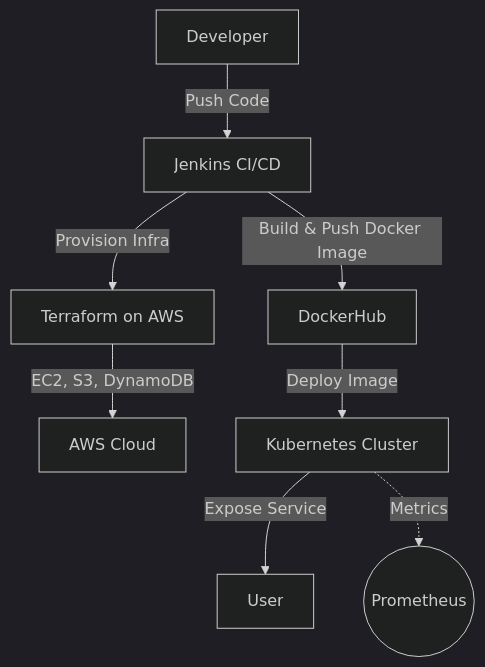
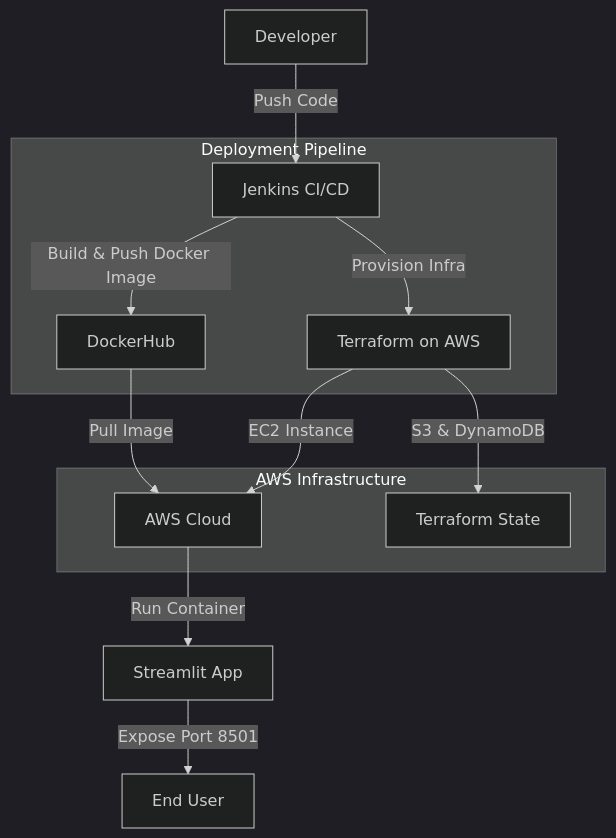
Before and after one commit to trahulprabhu38/regression-DevOpsified: the diagram in README.md, drawn with Mermaid (dark theme). The commit also changed other lines of this file, not shown here.

````diff
--- a/README.md
+++ b/README.md
@@ -106,10 +137,22 @@
 ```mermaid
 flowchart TD
     A[Developer] -->|Push Code| B[Jenkins CI/CD]
     B -->|Build & Push Docker Image| C[DockerHub]
     B -->|Provision Infra| D[Terraform on AWS]
-    D -->|EC2, S3, DynamoDB| E[AWS Cloud]
-    C -->|Deploy Image| F[Kubernetes Cluster]
-    F -->|Expose Service| G[User]
-    F -.->|Metrics| H((Prometheus))
+    D -->|EC2 Instance| E[AWS Cloud]
+    D -->|S3 & DynamoDB| F[Terraform State]
+    C -->|Pull Image| E
+    E -->|Run Container| G[Streamlit App]
+    G -->|Expose Port 8501| H[End User]
+    
+    subgraph AWS Infrastructure
+    E
+    F
+    end
+    
+    subgraph Deployment Pipeline
+    B
+    C
+    D
+    end
 ```
````
